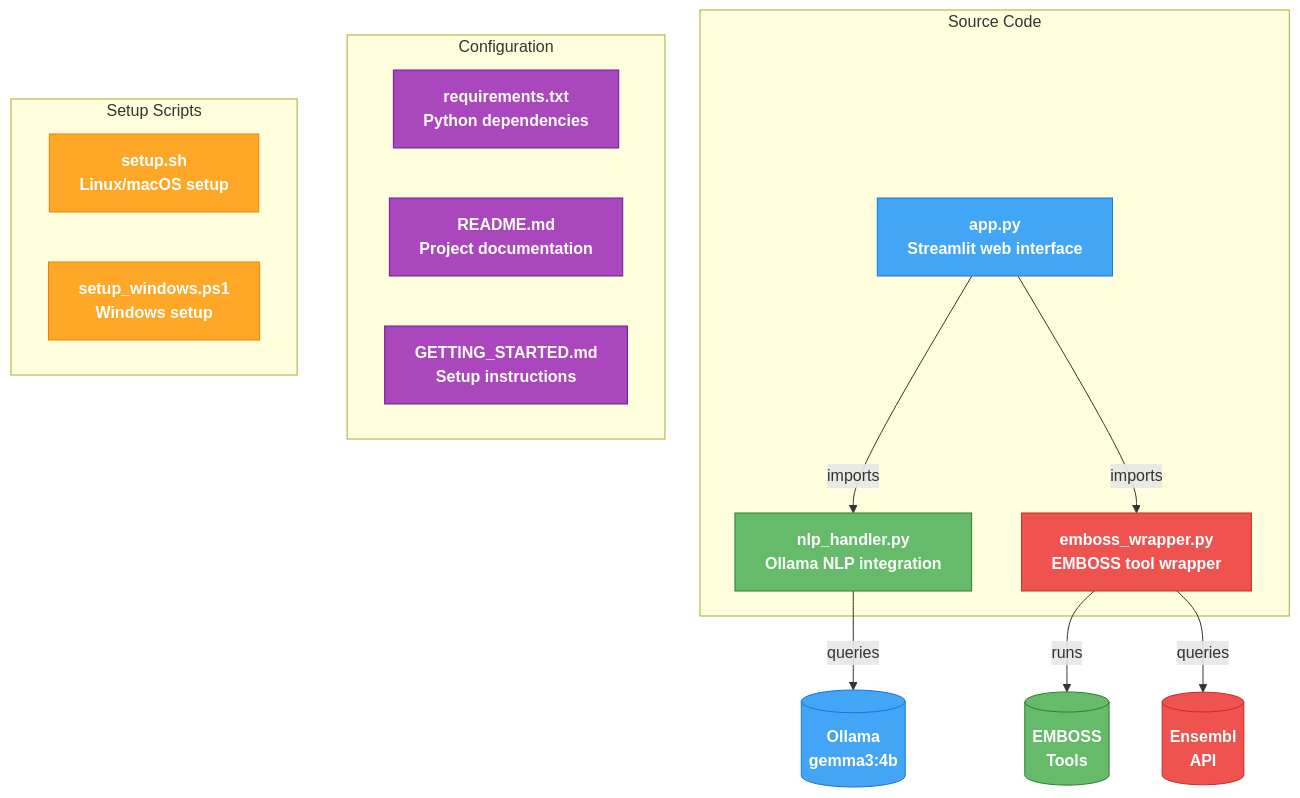
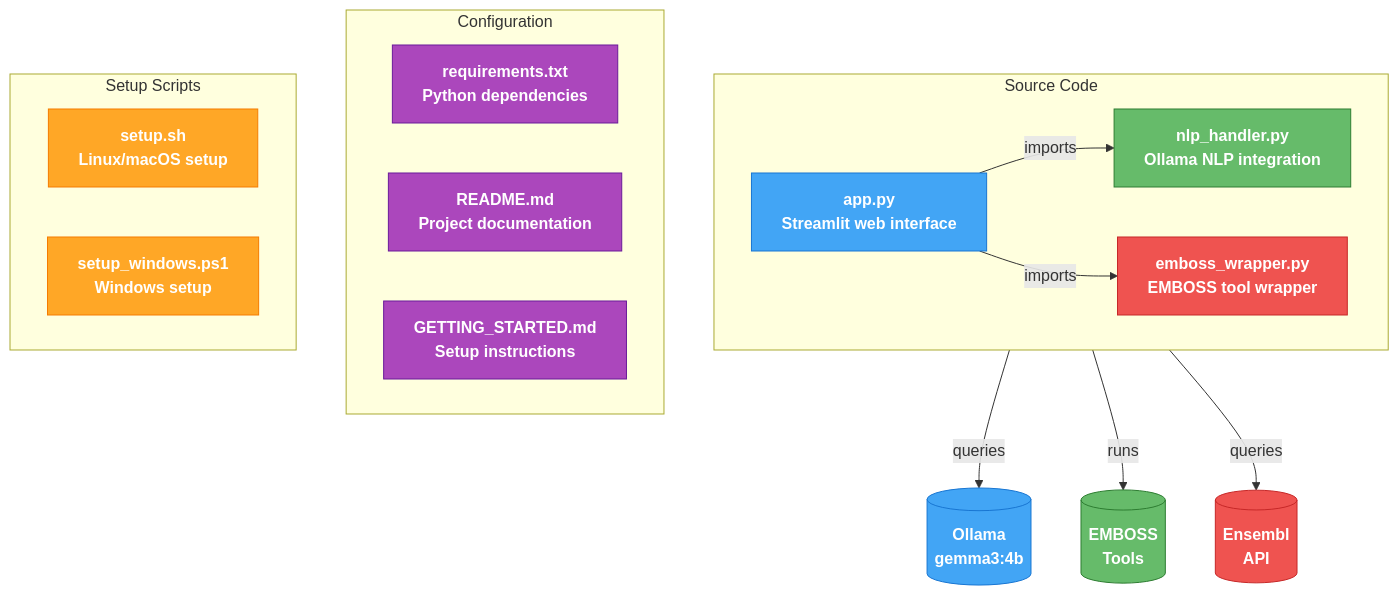
Before and after one commit to caagendaz/BME110-final: the eighth of 9 diagrams in ARCHITECTURE.md, drawn with Mermaid. The commit also changed other lines of this file, not shown here.

Commit message:
Improve diagram layouts and contrast
- File Structure: Moved connections inside Source Code box so all code files fit neatly
- Natural Language Query Flow: Changed first box color to darker blue (#1565c0) for better contrast with white text

````diff
--- a/ARCHITECTURE.md
+++ b/ARCHITECTURE.md
@@ -263,37 +263,37 @@
 ```mermaid
 graph TB
     subgraph Code["Source Code"]
         APP["app.py<br/>Streamlit web interface"]
         NLP["nlp_handler.py<br/>Ollama NLP integration"]
         EMBOSS["emboss_wrapper.py<br/>EMBOSS tool wrapper"]
+        APP -->|imports| NLP
+        APP -->|imports| EMBOSS
     end
     
     subgraph Config["Configuration"]
         REQ["requirements.txt<br/>Python dependencies"]
         README["README.md<br/>Project documentation"]
         GETTING["GETTING_STARTED.md<br/>Setup instructions"]
     end
     
     subgraph Setup["Setup Scripts"]
         SETUP_SH["setup.sh<br/>Linux/macOS setup"]
         SETUP_PS["setup_windows.ps1<br/>Windows setup"]
     end
     
-    APP -->|imports| NLP
-    APP -->|imports| EMBOSS
-    NLP -->|queries| Ollama[("Ollama<br/>gemma3:4b")]
-    EMBOSS -->|runs| Tools[("EMBOSS<br/>Tools")]
-    EMBOSS -->|queries| Ensembl[("Ensembl<br/>API")]
+    Code -->|queries| Ollama[("Ollama<br/>gemma3:4b")]
+    Code -->|runs| Tools[("EMBOSS<br/>Tools")]
+    Code -->|queries| Ensembl[("Ensembl<br/>API")]
     
     style APP fill:#42a5f5,stroke:#1976d2,color:#ffffff,font-weight:bold
     style NLP fill:#66bb6a,stroke:#2e7d32,color:#ffffff,font-weight:bold
     style EMBOSS fill:#ef5350,stroke:#c62828,color:#ffffff,font-weight:bold
     style REQ fill:#ab47bc,stroke:#6a1b9a,color:#ffffff,font-weight:bold
     style README fill:#ab47bc,stroke:#6a1b9a,color:#ffffff,font-weight:bold
     style GETTING fill:#ab47bc,stroke:#6a1b9a,color:#ffffff,font-weight:bold
     style SETUP_SH fill:#ffa726,stroke:#f57c00,color:#ffffff,font-weight:bold
     style SETUP_PS fill:#ffa726,stroke:#f57c00,color:#ffffff,font-weight:bold
     style Ollama fill:#42a5f5,stroke:#1976d2,color:#ffffff,font-weight:bold
     style Tools fill:#66bb6a,stroke:#2e7d32,color:#ffffff,font-weight:bold
     style Ensembl fill:#ef5350,stroke:#c62828,color:#ffffff,font-weight:bold
 ```
````
